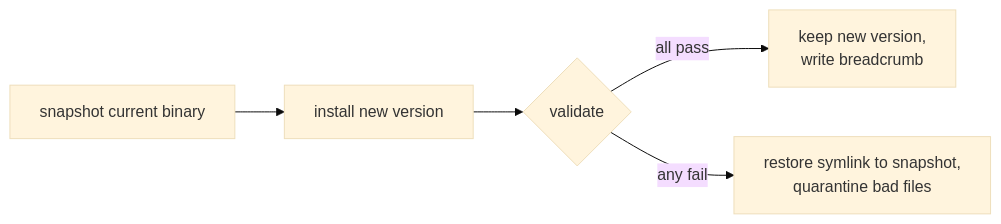
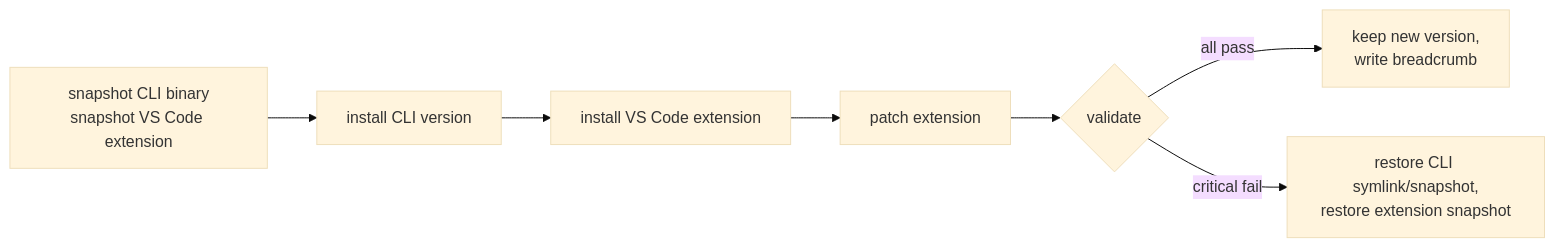
One commit to allytag/claude_code changed the diagram in docs/UPDATE.md. Above: the diagram before and after it, drawn with Mermaid (base theme). The commit also changed other lines of this file and 9 other files, not shown here.

````diff
--- a/docs/UPDATE.md
+++ b/docs/UPDATE.md
@@ -37,7 +37,9 @@
 ```mermaid
 flowchart LR
-    A[snapshot current binary] --> B[install new version]
-    B --> C{validate}
-    C -->|all pass| D[keep new version,<br/>write breadcrumb]
-    C -->|any fail| E[restore symlink to snapshot,<br/>quarantine bad files]
+    A[snapshot CLI binary<br/>snapshot VS Code extension] --> B[install CLI version]
+    B --> C[install VS Code extension]
+    C --> D[patch extension]
+    D --> E{validate}
+    E -->|all pass| F[keep new version,<br/>write breadcrumb]
+    E -->|critical fail| G[restore CLI symlink/snapshot,<br/>restore extension snapshot]
 ```
````
